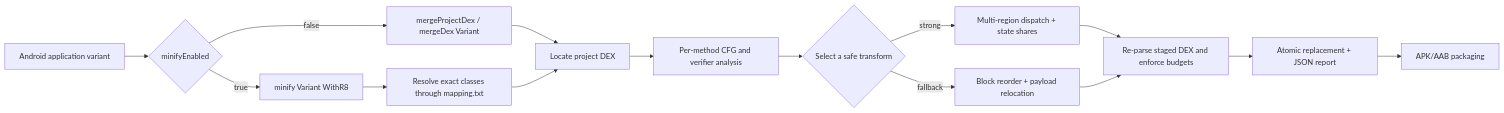
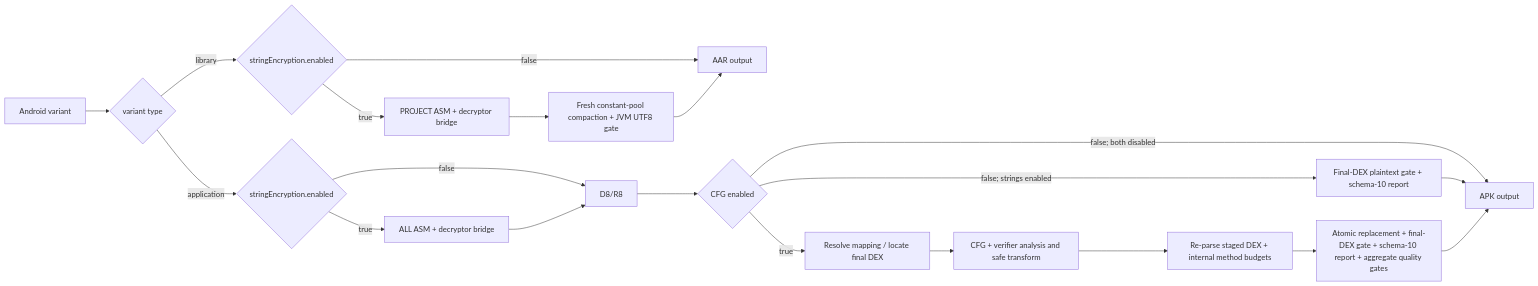
The diagram in doc/README_EN.md (w296488320/DexCfgObfuscator), drawn with Mermaid before and after one commit. The commit also changed other lines of this file and 58 other files, not shown here.

````diff
--- a/doc/README_EN.md
+++ b/doc/README_EN.md
@@ -188,17 +440,22 @@
 ```mermaid
 flowchart LR
-    A["Android application variant"] --> B{"minifyEnabled"}
-    B -->|false| C["mergeProjectDex / mergeDex Variant"]
-    B -->|true| D["minify Variant WithR8"]
-    D --> E["Resolve exact classes through mapping.txt"]
-    C --> F["Locate project DEX"]
-    E --> F
-    F --> G["Per-method CFG and verifier analysis"]
-    G --> H{"Select a safe transform"}
-    H -->|strong| I["Multi-region dispatch + state shares"]
-    H -->|fallback| J["Block reorder + payload relocation"]
-    I --> K["Re-parse staged DEX and enforce budgets"]
-    J --> K
-    K --> L["Atomic replacement + JSON report"]
-    L --> M["APK/AAB packaging"]
+    A["Android variant"] --> V{"variant type"}
+    V -->|library| LB{"stringEncryption.enabled"}
+    LB -->|false| LA["AAR output"]
+    LB -->|true| LC["PROJECT ASM + decryptor bridge"]
+    LC --> L["Fresh constant-pool compaction + JVM UTF8 gate"]
+    L --> LA
+    V -->|application| AB{"stringEncryption.enabled"}
+    AB -->|true| C["ALL ASM + decryptor bridge"]
+    AB -->|false| E["D8/R8"]
+    C --> E
+    E --> F{"CFG enabled"}
+    F -->|false; strings enabled| S["Final-DEX plaintext gate + schema-10 report"]
+    F -->|false; both disabled| G["APK output"]
+    S --> G
+    F -->|true| H["Resolve mapping / locate final DEX"]
+    H --> I["CFG + verifier analysis and safe transform"]
+    I --> J["Re-parse staged DEX + internal method budgets"]
+    J --> K["Atomic replacement + final-DEX gate + schema-10 report + aggregate quality gates"]
+    K --> G
 ```
````
